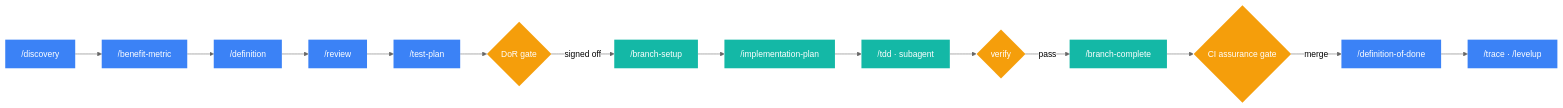
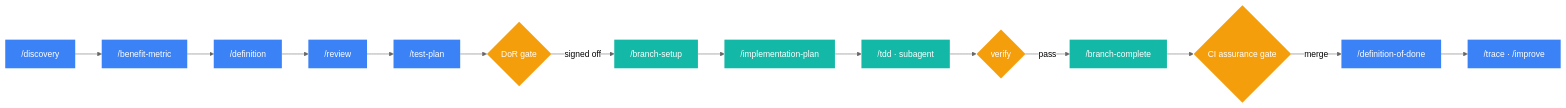
Before and after one commit to heymishy/skills-repo: the first of 3 diagrams in README.md, drawn with Mermaid (neutral theme). The commit also changed other lines of this file and 23 other files, not shown here.

````diff
--- a/README.md
+++ b/README.md
@@ -82,20 +82,20 @@
 ```mermaid
 flowchart LR
     A["/discovery"]:::outer --> B["/benefit-metric"]:::outer
     B --> C["/definition"]:::outer
     C --> D["/review"]:::outer
     D --> E["/test-plan"]:::outer
     E --> F{DoR gate}:::gate
     F -->|signed off| G["/branch-setup"]:::inner
     G --> H["/implementation-plan"]:::inner
     H --> I["/tdd · subagent"]:::inner
     I --> J{verify}:::gate
     J -->|pass| K["/branch-complete"]:::inner
     K --> L{CI assurance gate}:::gate
     L -->|merge| M["/definition-of-done"]:::outer
-    M --> N["/trace · /levelup"]:::outer
+    M --> N["/trace · /improve"]:::outer
 
     classDef outer fill:#3b82f6,color:#fff,stroke:none
     classDef inner fill:#14b8a6,color:#fff,stroke:none
     classDef gate fill:#f59e0b,color:#fff,stroke:none
 ```
````
